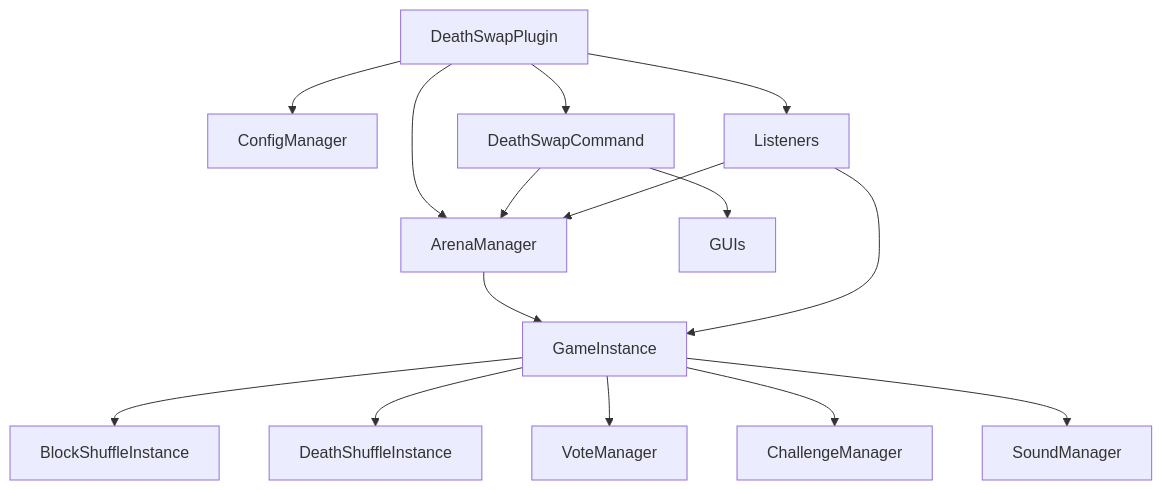
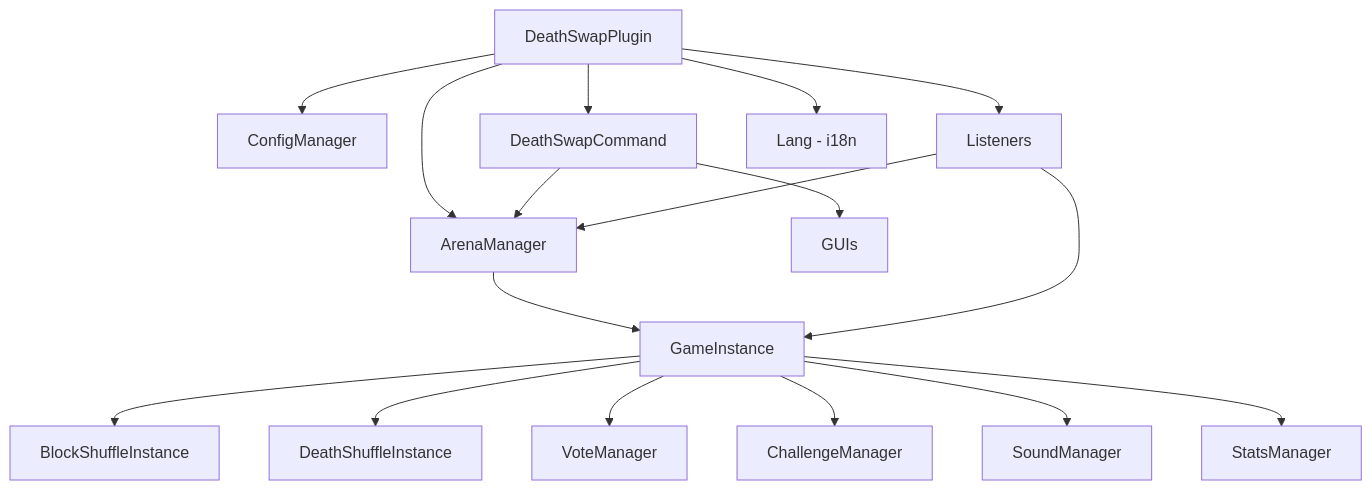
Before and after one commit to DualsFWShield/DeathSwap: the first of 2 diagrams in README.md, drawn with Mermaid. The commit also changed other lines of this file and 4 other files, not shown here.

````diff
--- a/README.md
+++ b/README.md
@@ -471,21 +517,23 @@
 ```mermaid
 graph TD
     Plugin[DeathSwapPlugin] --> CM[ConfigManager]
     Plugin --> AM[ArenaManager]
     Plugin --> CMD[DeathSwapCommand]
     Plugin --> L[Listeners]
+    Plugin --> Lang[Lang - i18n]
   
     AM --> GI[GameInstance]
     GI --> BSI[BlockShuffleInstance]
     GI --> DSI[DeathShuffleInstance]
   
     GI --> VM[VoteManager]
     GI --> CHM[ChallengeManager]
     GI --> SM[SoundManager]
+    GI --> STM[StatsManager]
   
     CMD --> AM
     CMD --> GUIs
   
     L --> AM
     L --> GI
 ```
````
